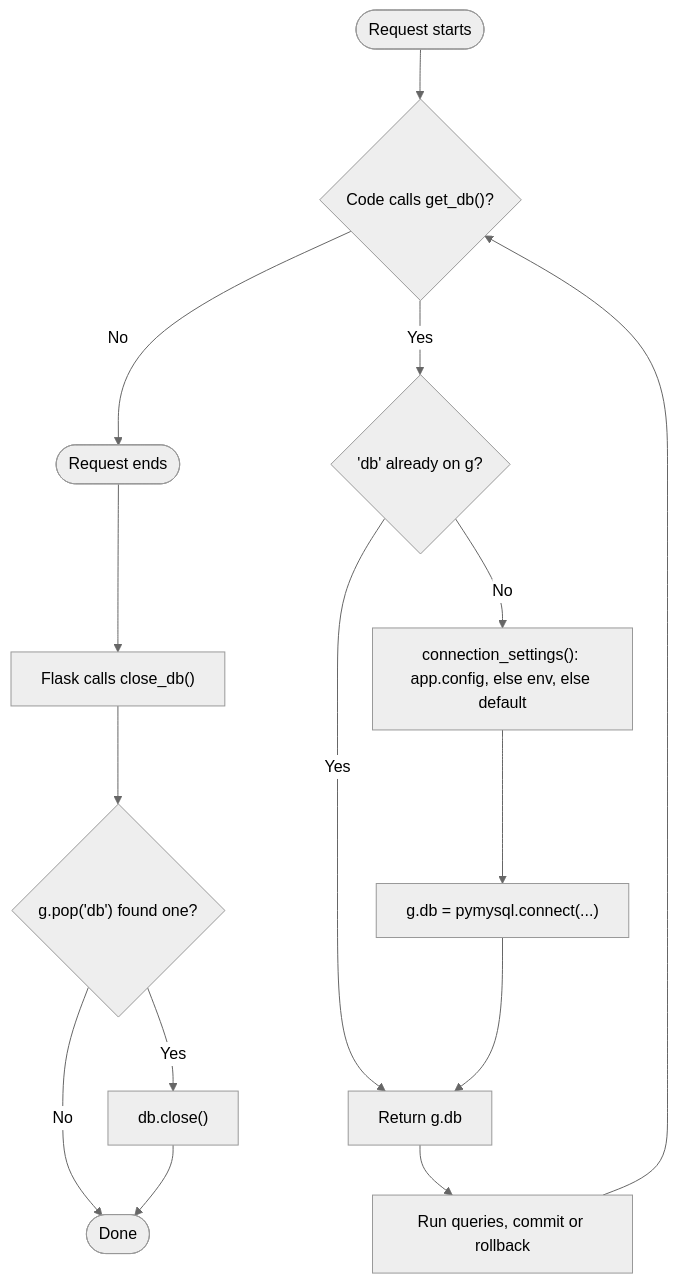
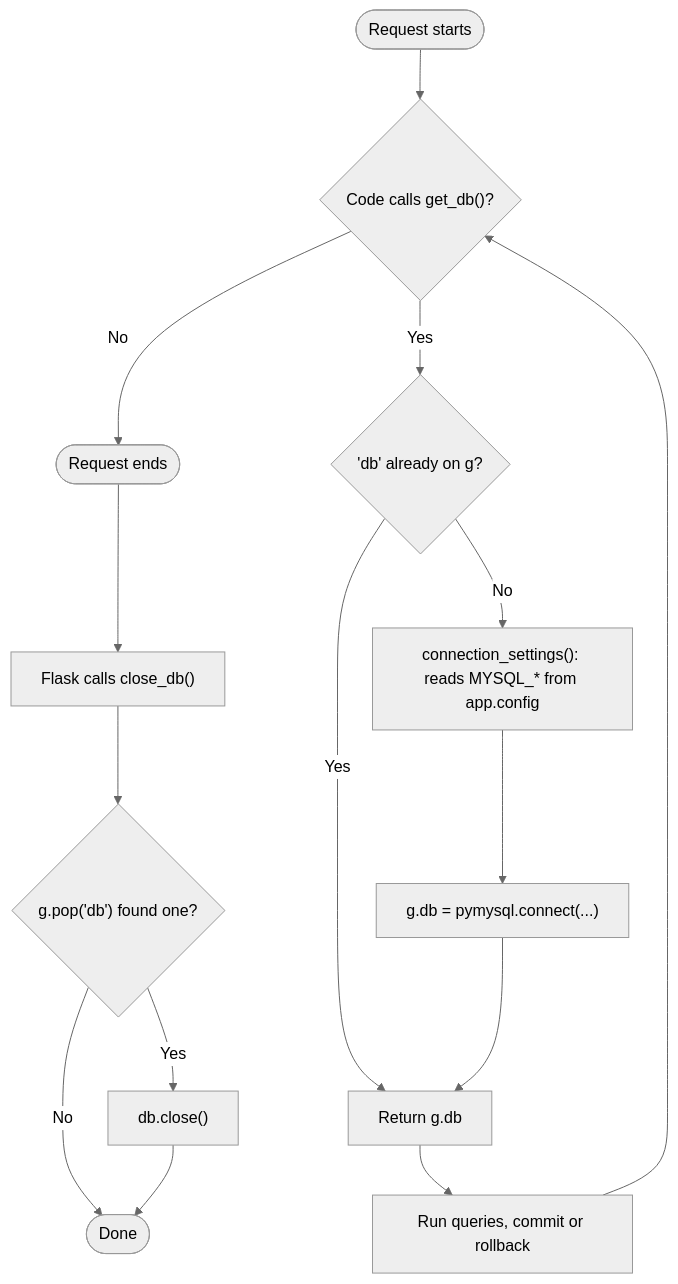
Before and after one commit to GreenDAS/url_shortener: the second of 3 diagrams in docs/specs/database.md, drawn with Mermaid (neutral theme). The commit also changed other lines of this file and 3 other files, not shown here.

````diff
--- a/docs/specs/database.md
+++ b/docs/specs/database.md
@@ -102,17 +102,17 @@
 ```mermaid
 flowchart TD
     A([Request starts]) --> B{"Code calls get_db()?"}
     B -->|No| Z
     B -->|Yes| C{"'db' already on g?"}
     C -->|Yes| D[Return g.db]
-    C -->|No| E["connection_settings(): app.config, else env, else default"]
+    C -->|No| E["connection_settings(): reads MYSQL_* from app.config"]
     E --> F["g.db = pymysql.connect(...)"]
     F --> D
     D --> G[Run queries, commit or rollback]
     G --> B
     Z([Request ends]) --> H["Flask calls close_db()"]
     H --> I{"g.pop('db') found one?"}
     I -->|Yes| J["db.close()"]
     I -->|No| K([Done])
     J --> K
 ```
````
